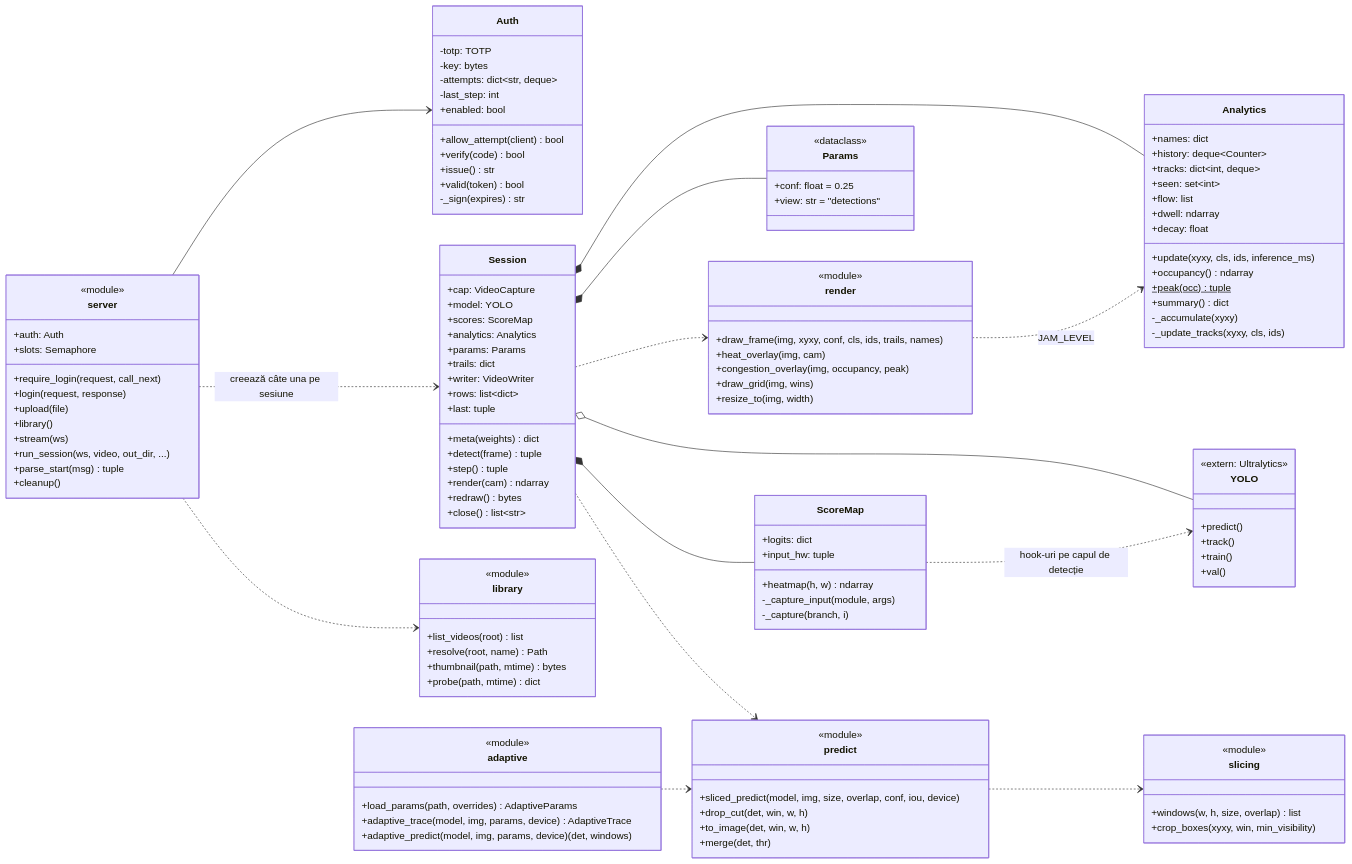
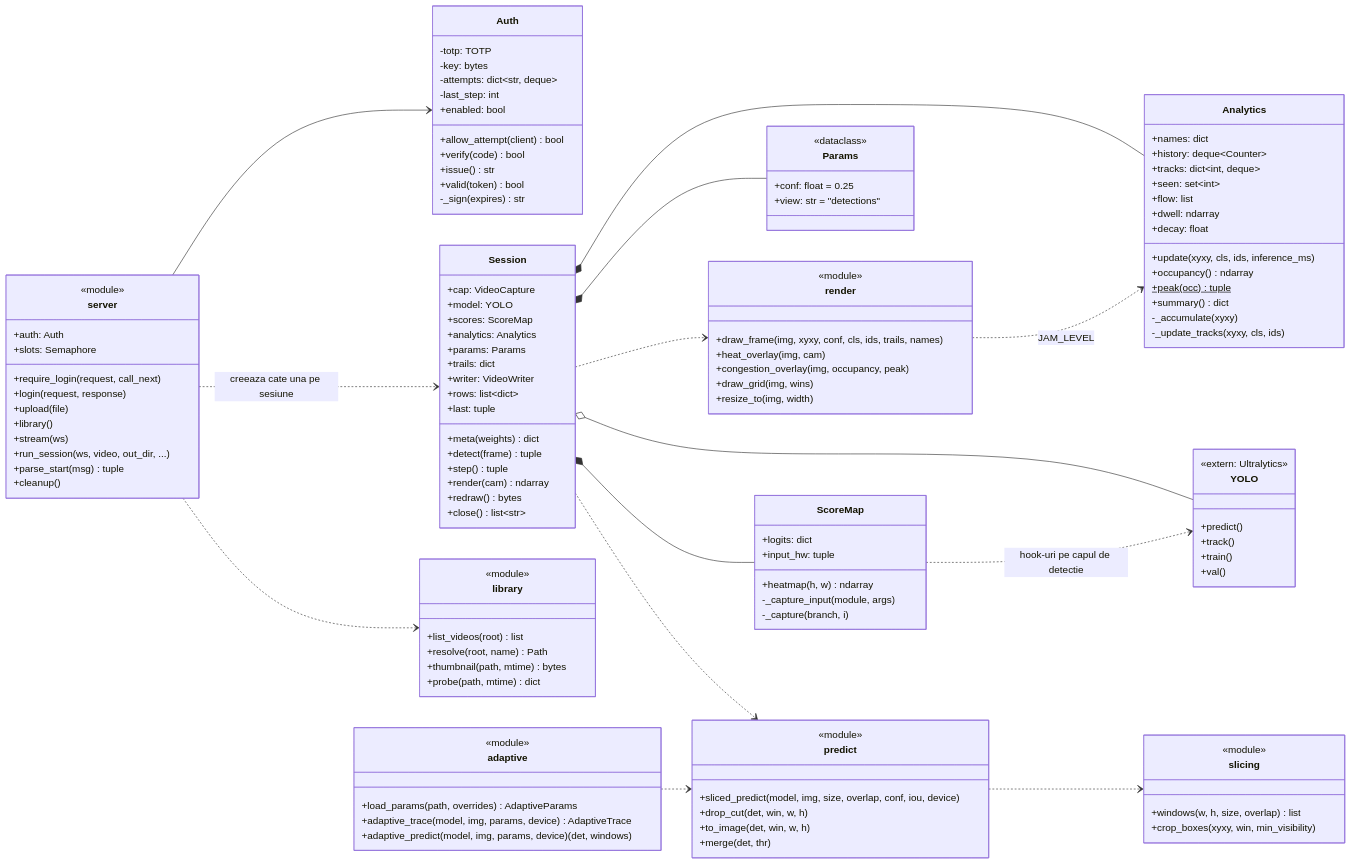
Before and after one commit to zaha27/pi-p: the third of 7 diagrams in docs/uml.md, drawn with Mermaid. The commit also changed other lines of this file and 57 other files, not shown here.

```diff
--- a/docs/uml.md
+++ b/docs/uml.md
@@ -252,9 +252,9 @@
     Session *-- Analytics
     Session *-- ScoreMap
     Session o-- YOLO
-    ScoreMap ..> YOLO : hook-uri pe capul de detecție
+    ScoreMap ..> YOLO : hook-uri pe capul de detectie
     server --> Auth
-    server ..> Session : creează câte una pe sesiune
+    server ..> Session : creeaza cate una pe sesiune
     server ..> library
     Session ..> render
     Session ..> predict
```
